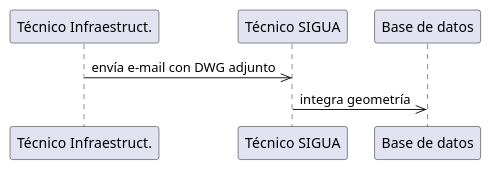
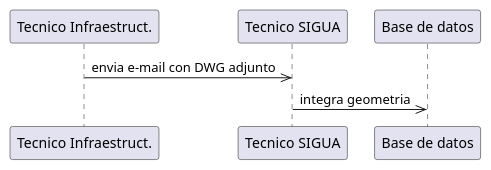
One commit to labgeo/ua-mods changed the diagram in ds01.md. Above: the diagram before and after it, drawn with PlantUML.

```diff
--- a/ds01.md
+++ b/ds01.md
@@ -5,4 +5,4 @@
 {% plantuml %}
-"Técnico Infraestruct."->>"Técnico SIGUA": envía e-mail con DWG adjunto
-"Técnico SIGUA"->>"Base de datos": integra geometría
+"Tecnico Infraestruct."->>"Tecnico SIGUA": envia e-mail con DWG adjunto
+"Tecnico SIGUA"->>"Base de datos": integra geometria
 {% endplantuml %}
```
